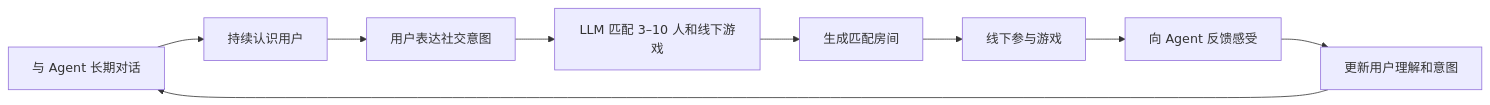
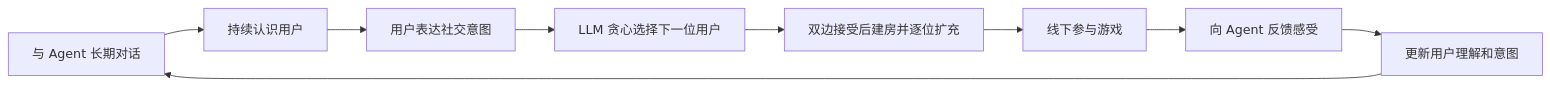
One commit to toMeetADX/TOMEET_Backend changed the first of 2 diagrams in README.md. Above: the diagram before and after it, drawn with Mermaid. The commit also changed other lines of this file and 24 other files, not shown here.

````diff
--- a/README.md
+++ b/README.md
@@ -174,20 +174,20 @@
 ```mermaid
 flowchart LR
     Conversation["与 Agent 长期对话"]
     Understanding["持续认识用户"]
     Intent["用户表达社交意图"]
-    Match["LLM 匹配 3–10 人和线下游戏"]
-    Room["生成匹配房间"]
+    Match["LLM 贪心选择下一位用户"]
+    Room["双边接受后建房并逐位扩充"]
     Offline["线下参与游戏"]
     Feedback["向 Agent 反馈感受"]
     Alignment["更新用户理解和意图"]
 
     Conversation --> Understanding
     Understanding --> Intent
     Intent --> Match
     Match --> Room
     Room --> Offline
     Offline --> Feedback
     Feedback --> Alignment
     Alignment --> Conversation
 ```
````
